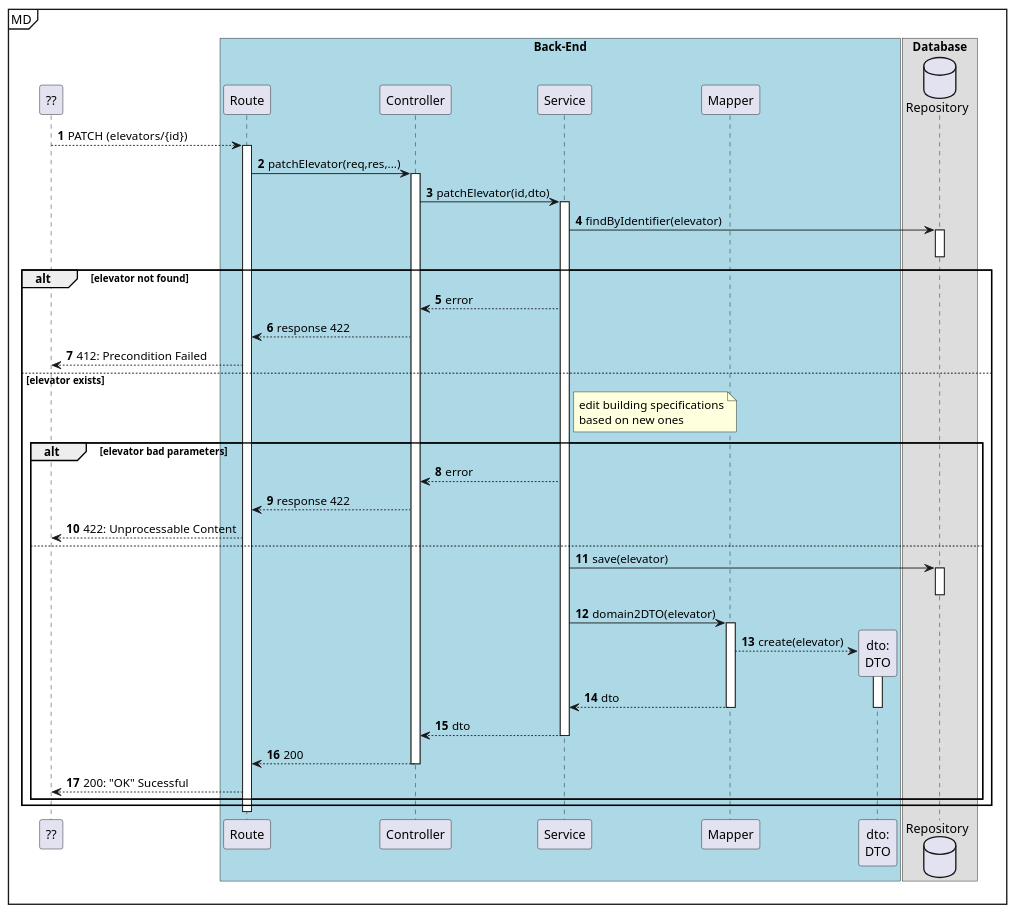
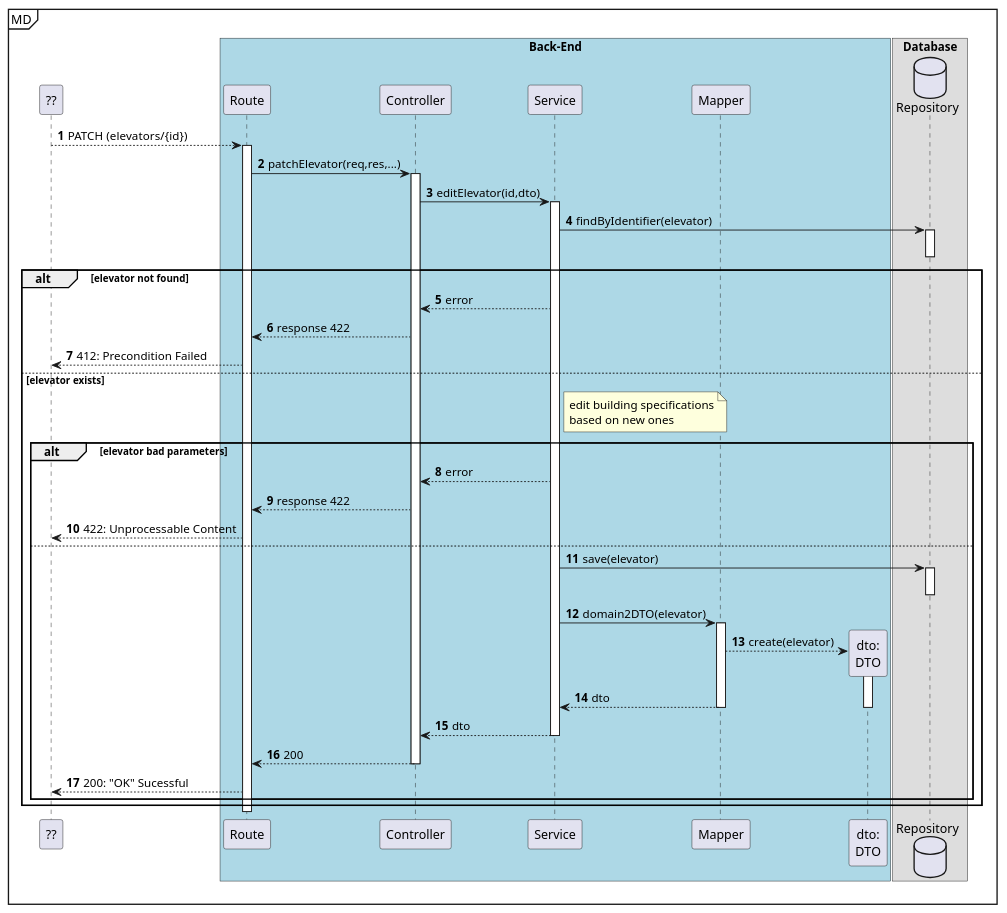
Before and after one commit to Departamento-de-Engenharia-Informatica/lapr5-23-24-g19: the diagram in docs/us280/level3/process-view-patch.puml, drawn with PlantUML. The commit also changed 8 other files, not shown here.

```diff
--- a/docs/us280/level3/process-view-patch.puml
+++ b/docs/us280/level3/process-view-patch.puml
@@ -1,80 +1,80 @@
 @startuml
 autonumber
 
 participant "??" as ui
 
 mainframe MD
 box "Back-End" #LightBlue
 participant "Route" as r
 participant "Controller" as ctrl
 participant "Service" as svc
 
 
 participant "Mapper" as map
 participant "dto:\nDTO" as dto
 end box
 
 box "Database"
 database "Repository" as repo
 'participant "elevator:\nElevator" as e
 end box
 
 ui --> r: PATCH (elevators/{id})
     activate r
             r -> ctrl : patchElevator(req,res,...)
                 activate ctrl
-                    ctrl -> svc : patchElevator(id,dto)
+                    ctrl -> svc : editElevator(id,dto)
                     activate svc
                         svc -> repo : findByIdentifier(elevator)
                         activate repo
                             'repo --> e **: create()
                         deactivate repo
 
                         alt elevator not found
                             svc --> ctrl : error
                             ctrl --> r : response 422
                             ui <--r : 412: Precondition Failed
                         else elevator exists
 
                             note right of svc
                                 edit building specifications
                                 based on new ones
                             end note
 
 
                         alt elevator bad parameters
                             svc --> ctrl : error
                             ctrl --> r : response 422
                             ui <--r : 422: Unprocessable Content
                         else
                            svc -> repo : save(elevator)
                            activate repo
                            deactivate repo
 
 
 
 
                         svc -> map : domain2DTO(elevator)
                         activate map
                             map --> dto **: create(elevator)
                             activate dto
 
                             map --> svc : dto
                             deactivate dto
                         deactivate map
 
                         svc --> ctrl : dto
                     deactivate svc
 
                     ctrl --> r : 200
                 deactivate ctrl
 
 
 
 
         ui <--r: 200: "OK" Sucessful
         end
      end
     deactivate r
 
 @enduml
```
